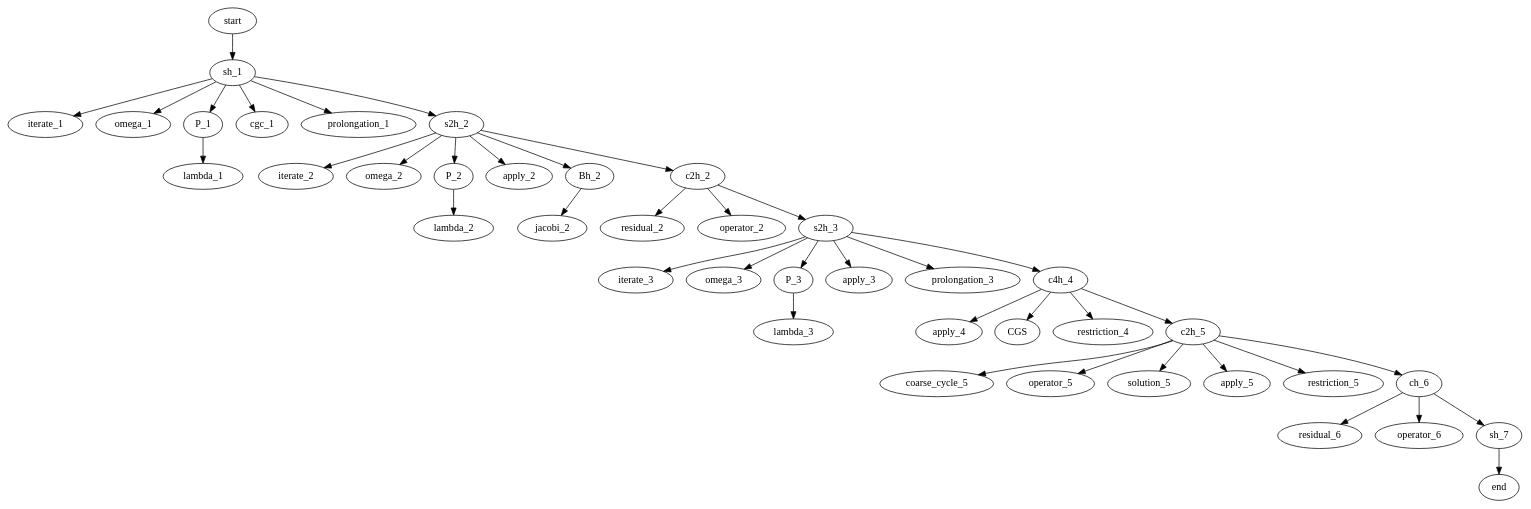
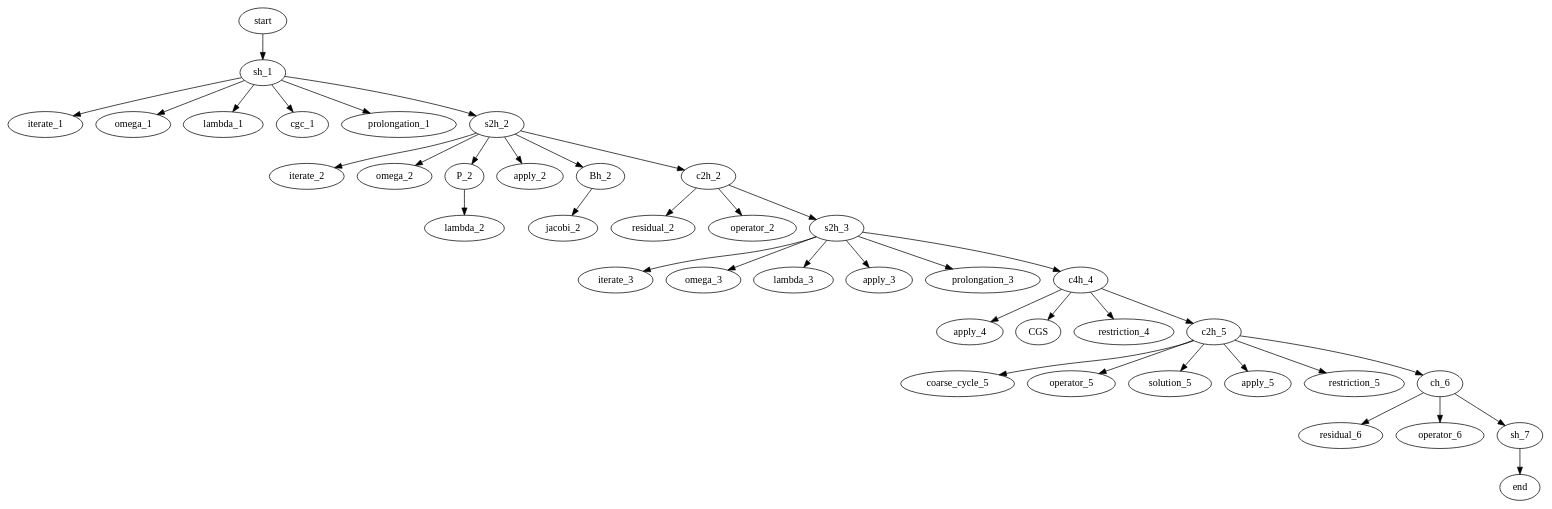
Before and after one commit to jonas-schmitt/thesis: the diagram in tree_generation_scripts/three_grid_method_grammar_tree.dot, drawn with Graphviz. The commit also changed 6 other files, not shown here.

```diff
--- a/tree_generation_scripts/three_grid_method_grammar_tree.dot
+++ b/tree_generation_scripts/three_grid_method_grammar_tree.dot
@@ -1,88 +1,84 @@
 digraph G {  
   ordering=in ;
   start [texlbl="$\langle S \rangle$"];
   start -> sh_1
   sh_1 [texlbl="$\langle s_h\rangle$"];
   sh_1 -> iterate_1
   sh_1 -> omega_1
-  sh_1 -> P_1
+  sh_1 -> lambda_1
   sh_1 -> cgc_1
   sh_1 -> prolongation_1
   sh_1 -> s2h_2
   iterate_1 [texlbl="\textsc{iterate}"];
   omega_1 [texlbl="$1.0$"];
-  P_1 [texlbl="$\langle \mathcal P \rangle$"];
-  P_1 -> lambda_1
   lambda_1 [texlbl="$\lambda$"];
   cgc_1 [texlbl="\textsc{cgc}"];
-  prolongation_1 [texlbl="$P_{2h}^h$"];
+  prolongation_1 [texlbl="$I_{2h}^h$"];
   s2h_2 [texlbl="$\langle s_{2h}\rangle$"];
   s2h_2 -> iterate_2
   iterate_2 [texlbl="\textsc{iterate}"];
   s2h_2 -> omega_2
   omega_2 [texlbl="$0.6$"];
   s2h_2 -> P_2
   P_2 [texlbl="$\langle \mathcal P \rangle$"];
   P_2 -> lambda_2
   lambda_2 [texlbl="$\lambda$"];
   s2h_2 -> apply_2
   apply_2 [texlbl="\textsc{apply}"];
   s2h_2 -> Bh_2
-  Bh_2 [texlbl="$\langle B_h \rangle$"];
+  Bh_2 [texlbl="$\langle B_{2h} \rangle$"];
   Bh_2 -> jacobi_2
-  jacobi_2 [texlbl="$D_{h}^{-1}$"];
+  jacobi_2 [texlbl="$D_{2h}^{-1}$"];
   s2h_2 -> c2h_2
 
   c2h_2 [texlbl="$\langle c_{2h} \rangle$"];
   c2h_2 -> residual_2
   residual_2 [texlbl="\textsc{residual}"];
   c2h_2 -> operator_2
   operator_2 [texlbl="$A_{2h}$"];
   c2h_2 -> s2h_3
   s2h_3 [texlbl="$\langle s_{2h}\rangle$"]; 
   s2h_3 -> iterate_3
   iterate_3 [texlbl="\textsc{iterate}"];
   s2h_3 -> omega_3
   omega_3 [texlbl="$1.0$"];
-  s2h_3 -> P_3
-  P_3 -> lambda_3
-  P_3 [texlbl="$\langle \mathcal P \rangle$"];
+  s2h_3 -> lambda_3
   lambda_3 [texlbl="$\lambda$"];
   s2h_3 -> apply_3
   apply_3 [texlbl="\textsc{apply}"];
   s2h_3 -> prolongation_3
   prolongation_3 [texlbl="$I_{4h}^{2h}$"];
   s2h_3 -> c4h_4
   c4h_4 [texlbl="$\langle c_{4h} \rangle$"];
   apply_4 [texlbl="\textsc{apply}"];
   c4h_4 -> CGS
-  CGS [texlbl="$A_{2h}^{-1}$"];
+  CGS [texlbl="$A_{4h}^{-1}$"];
   c4h_4 -> apply_4
   apply_4 [texlbl="\textsc{apply}"];
   c4h_4 -> restriction_4
   restriction_4 [texlbl="$I_{2h}^{4h}$"];
   c4h_4 -> c2h_5
   c2h_5 [texlbl="$\langle c_{2h} \rangle$"];
   c2h_5 -> coarse_cycle_5
   coarse_cycle_5 [texlbl="\textsc{cge}"];
   c2h_5 -> operator_5
   operator_5 [texlbl="$A_{2h}$"];
   c2h_5 -> solution_5
-  solution_5 [texlbl="$0_{2h}$"];
+  solution_5 [texlbl="$x^0_{2h}$"];
   c2h_5 -> apply_5
   apply_5 [texlbl="\textsc{apply}"];
   c2h_5 -> restriction_5
   restriction_5 [texlbl="$I_{h}^{2h}$"];
   c2h_5 -> ch_6
   ch_6 [texlbl="$\langle c_{h} \rangle$"];
   ch_6 -> residual_6
   residual_6 [texlbl="\textsc{residual}"];
   ch_6 -> operator_6
   operator_6 [texlbl="$A_{h}$"];
   ch_6 -> sh_7
   sh_7 [texlbl="$\langle s_{h} \rangle$"];
   sh_7 -> end
   
   
   end [texlbl="$(x_h^0, b_h, \lambda, \lambda)$"];
 }
```
